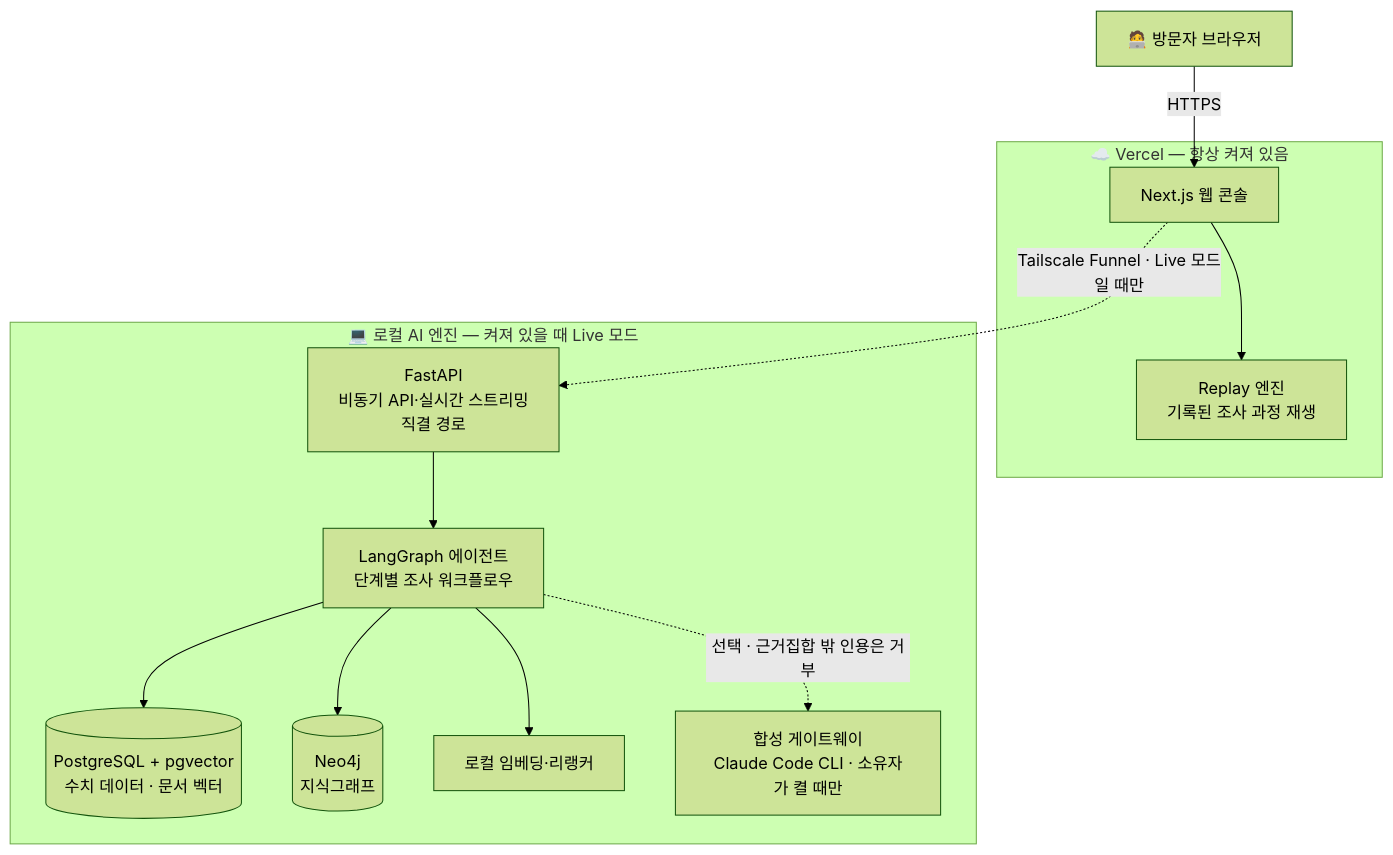
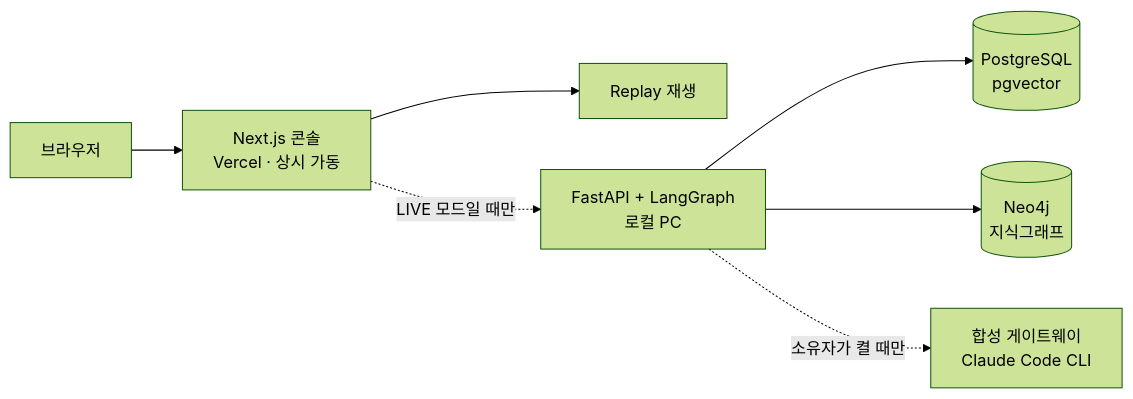
The diagram in README.md (sinelym-creator/factory-knowledge-twin), drawn with Mermaid (forest theme) before and after one commit. The commit also changed other lines of this file, not shown here.

````diff
--- a/README.md
+++ b/README.md
@@ -48,27 +22,9 @@
 ```mermaid
-flowchart TB
-    V[🧑‍💻 방문자 브라우저]
-
-    subgraph CLOUD["☁️ Vercel — 항상 켜져 있음"]
-        W[Next.js 웹 콘솔]
-        R[Replay 엔진<br/>기록된 조사 과정 재생]
-    end
-
-    subgraph LOCAL["💻 로컬 AI 엔진 — 켜져 있을 때 Live 모드"]
-        A[FastAPI<br/>비동기 API·실시간 스트리밍<br/>직결 경로]
-        L[LangGraph 에이전트<br/>단계별 조사 워크플로우]
-        P[(PostgreSQL + pgvector<br/>수치 데이터 · 문서 벡터)]
-        N[(Neo4j<br/>지식그래프)]
-        E[로컬 임베딩·리랭커]
-        S[합성 게이트웨이<br/>Claude Code CLI · 소유자가 켤 때만]
-    end
-
-    V -->|HTTPS| W
-    W --> R
-    W -.->|Tailscale Funnel · Live 모드일 때만| A
-    A --> L
-    L --> P
-    L --> N
-    L --> E
-    L -.->|선택 · 근거집합 밖 인용은 거부| S
+flowchart LR
+    V[브라우저] --> W[Next.js 콘솔<br/>Vercel · 상시 가동]
+    W --> R[Replay 재생]
+    W -.->|LIVE 모드일 때만| A[FastAPI + LangGraph<br/>로컬 PC]
+    A --> P[(PostgreSQL<br/>pgvector)]
+    A --> N[(Neo4j<br/>지식그래프)]
+    A -.->|소유자가 켤 때만| S[합성 게이트웨이<br/>Claude Code CLI]
 ```
````
